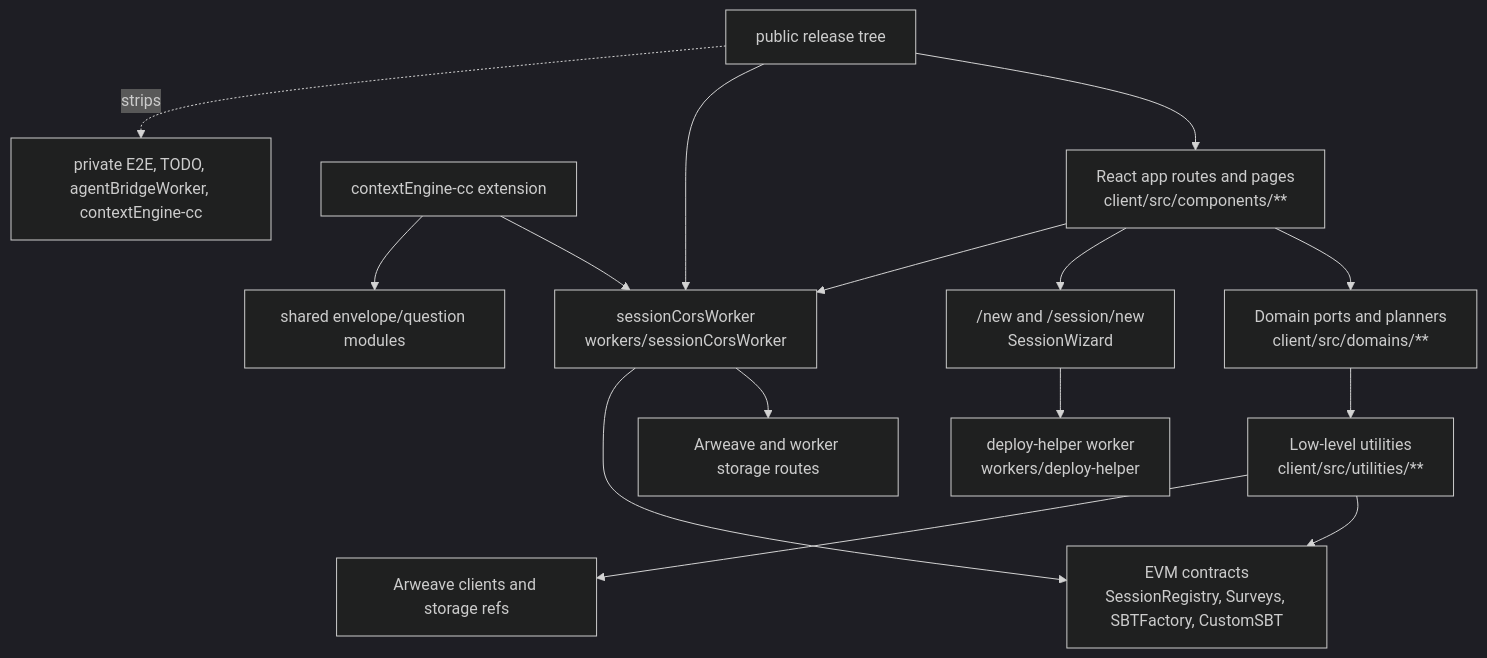
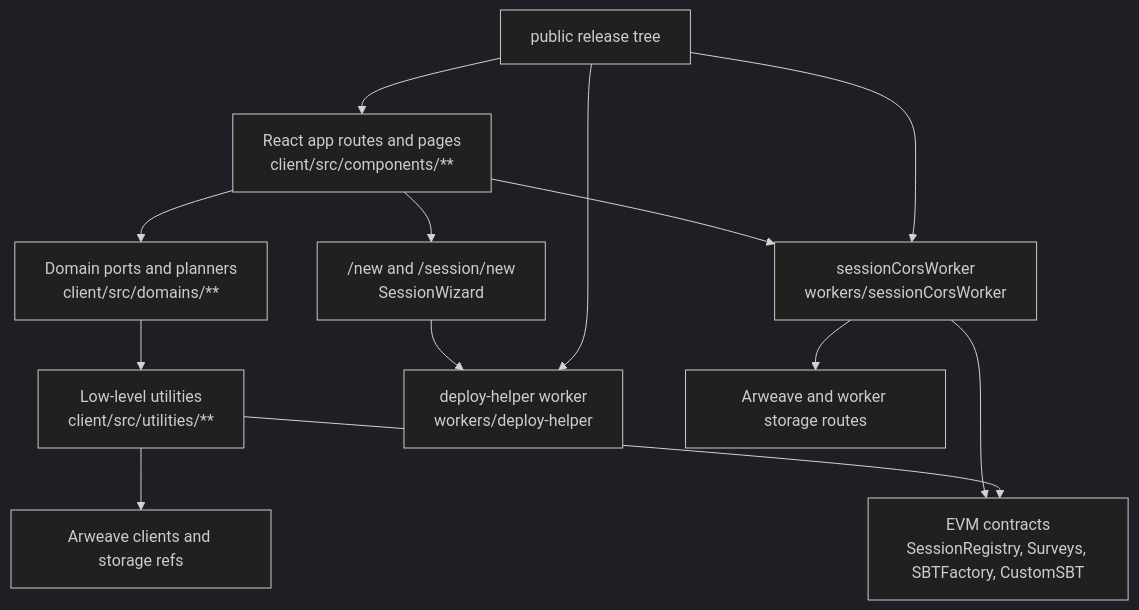
One commit to AgalmicSoftware/context-engine changed the diagram in docs/architecture-overview.md. Above: the diagram before and after it, drawn with Mermaid (dark theme). The commit also changed other lines of this file and 30 other files, not shown here.

````diff
--- a/docs/architecture-overview.md
+++ b/docs/architecture-overview.md
@@ -24,17 +24,15 @@
 ```mermaid
 flowchart TD
   Browser["React app routes and pages<br/>client/src/components/**"] --> Domains["Domain ports and planners<br/>client/src/domains/**"]
   Domains --> Utilities["Low-level utilities<br/>client/src/utilities/**"]
   Browser --> Wizard["/new and /session/new<br/>SessionWizard"]
   Wizard --> DeployHelper["deploy-helper worker<br/>workers/deploy-helper"]
   Browser --> SessionWorker["sessionCorsWorker<br/>workers/sessionCorsWorker"]
   SessionWorker --> Storage["Arweave and worker storage routes"]
   SessionWorker --> Contracts["EVM contracts<br/>SessionRegistry, Surveys, SBTFactory, CustomSBT"]
   Utilities --> Contracts
   Utilities --> Arweave["Arweave clients and storage refs"]
-  Cecc["contextEngine-cc extension"] --> SessionWorker
-  Cecc --> UtilitiesShared["shared envelope/question modules"]
   PublicRelease["public release tree"] --> Browser
   PublicRelease --> SessionWorker
-  PublicRelease -. strips .-> PrivateOnly["private E2E, TODO, agentBridgeWorker, contextEngine-cc"]
+  PublicRelease --> DeployHelper
 ```
````
